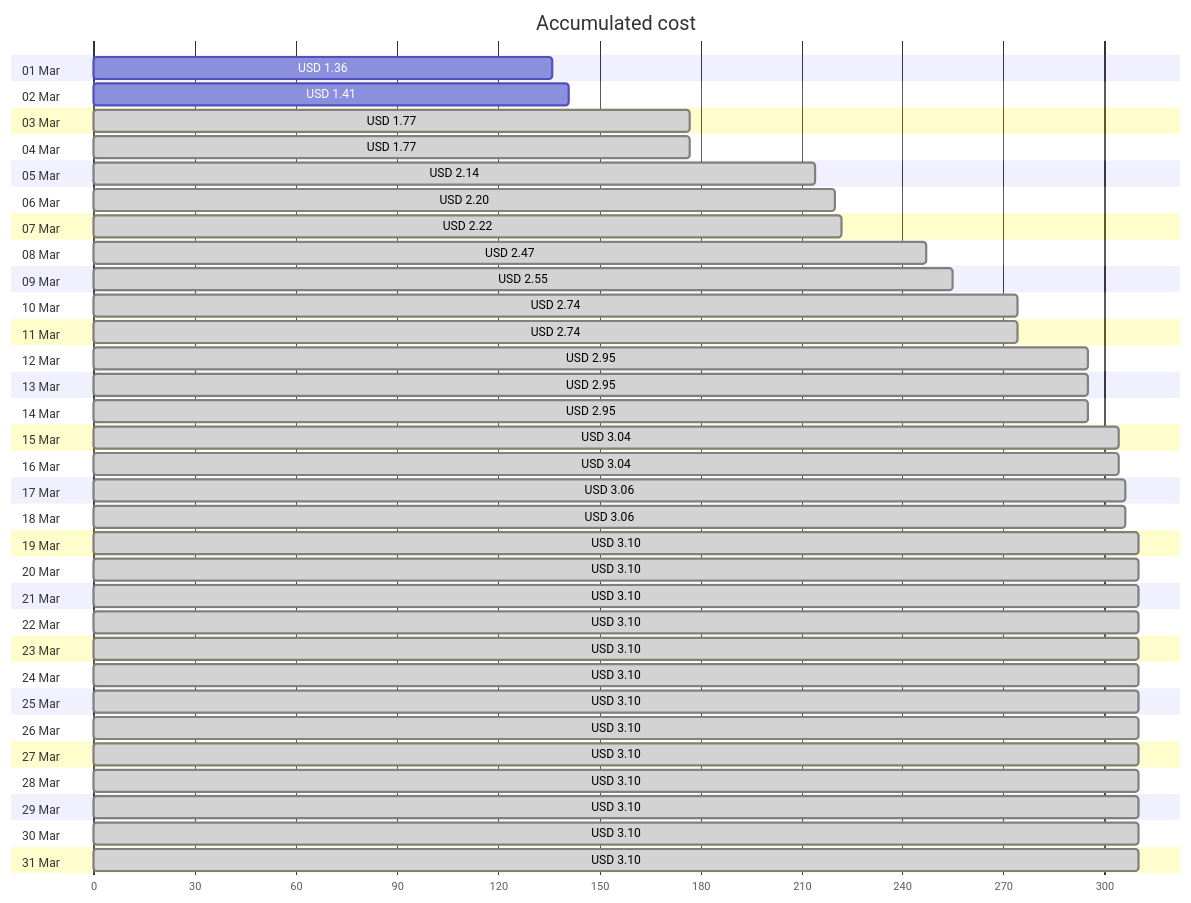
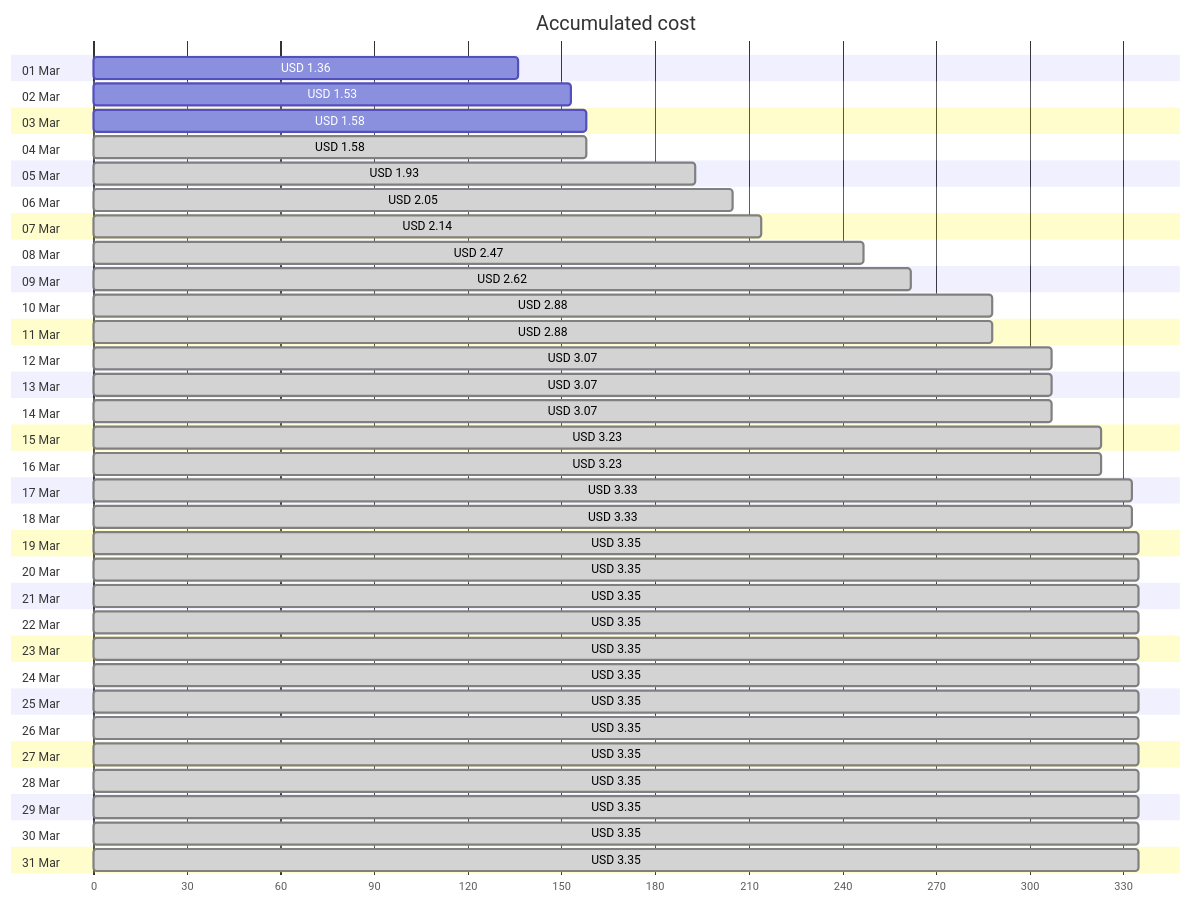
One commit to jpfulton/azure-personal-reports changed the first of 4 diagrams in cost-reports/personal-network/vpn-server.md. Above: the diagram before and after it, drawn with Mermaid. The commit also changed other lines of this file and 8 other files, not shown here.

````diff
--- a/cost-reports/personal-network/vpn-server.md
+++ b/cost-reports/personal-network/vpn-server.md
@@ -20,68 +20,68 @@
 ```mermaid
 gantt
    title Accumulated cost
    dateFormat  X
    axisFormat %s
    section 01 Mar
    USD 1.36 :0, 136
    section 02 Mar
-   USD 1.41 :0, 141
+   USD 1.53 :0, 153
    section 03 Mar
-   USD 1.77 : done, 0, 177
+   USD 1.58 :0, 158
    section 04 Mar
-   USD 1.77 : done, 0, 177
+   USD 1.58 : done, 0, 158
    section 05 Mar
+   USD 1.93 : done, 0, 193
+   section 06 Mar
+   USD 2.05 : done, 0, 205
+   section 07 Mar
    USD 2.14 : done, 0, 214
-   section 06 Mar
-   USD 2.20 : done, 0, 220
-   section 07 Mar
-   USD 2.22 : done, 0, 222
    section 08 Mar
    USD 2.47 : done, 0, 247
    section 09 Mar
-   USD 2.55 : done, 0, 255
+   USD 2.62 : done, 0, 262
    section 10 Mar
-   USD 2.74 : done, 0, 274
+   USD 2.88 : done, 0, 288
    section 11 Mar
-   USD 2.74 : done, 0, 274
+   USD 2.88 : done, 0, 288
    section 12 Mar
-   USD 2.95 : done, 0, 295
+   USD 3.07 : done, 0, 307
    section 13 Mar
-   USD 2.95 : done, 0, 295
+   USD 3.07 : done, 0, 307
    section 14 Mar
-   USD 2.95 : done, 0, 295
+   USD 3.07 : done, 0, 307
    section 15 Mar
-   USD 3.04 : done, 0, 304
+   USD 3.23 : done, 0, 323
    section 16 Mar
-   USD 3.04 : done, 0, 304
+   USD 3.23 : done, 0, 323
    section 17 Mar
-   USD 3.06 : done, 0, 306
+   USD 3.33 : done, 0, 333
    section 18 Mar
-   USD 3.06 : done, 0, 306
+   USD 3.33 : done, 0, 333
    section 19 Mar
-   USD 3.10 : done, 0, 310
+   USD 3.35 : done, 0, 335
    section 20 Mar
-   USD 3.10 : done, 0, 310
+   USD 3.35 : done, 0, 335
    section 21 Mar
-   USD 3.10 : done, 0, 310
+   USD 3.35 : done, 0, 335
    section 22 Mar
-   USD 3.10 : done, 0, 310
+   USD 3.35 : done, 0, 335
    section 23 Mar
-   USD 3.10 : done, 0, 310
+   USD 3.35 : done, 0, 335
    section 24 Mar
-   USD 3.10 : done, 0, 310
+   USD 3.35 : done, 0, 335
    section 25 Mar
-   USD 3.10 : done, 0, 310
+   USD 3.35 : done, 0, 335
    section 26 Mar
-   USD 3.10 : done, 0, 310
+   USD 3.35 : done, 0, 335
    section 27 Mar
-   USD 3.10 : done, 0, 310
+   USD 3.35 : done, 0, 335
    section 28 Mar
-   USD 3.10 : done, 0, 310
+   USD 3.35 : done, 0, 335
    section 29 Mar
-   USD 3.10 : done, 0, 310
+   USD 3.35 : done, 0, 335
    section 30 Mar
-   USD 3.10 : done, 0, 310
+   USD 3.35 : done, 0, 335
    section 31 Mar
-   USD 3.10 : done, 0, 310
+   USD 3.35 : done, 0, 335
 ```
````
